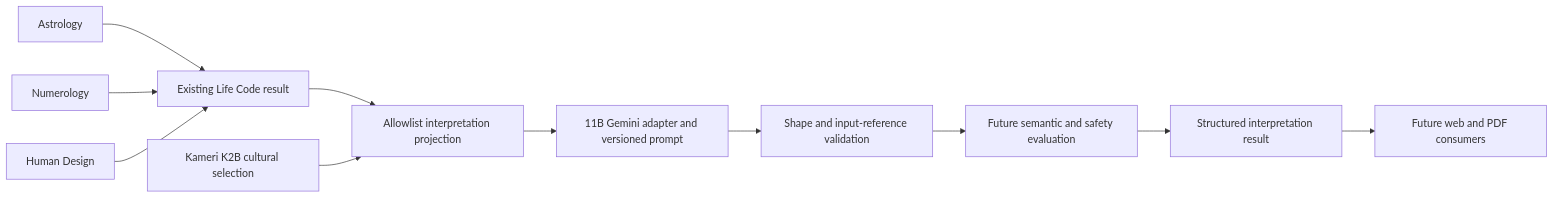
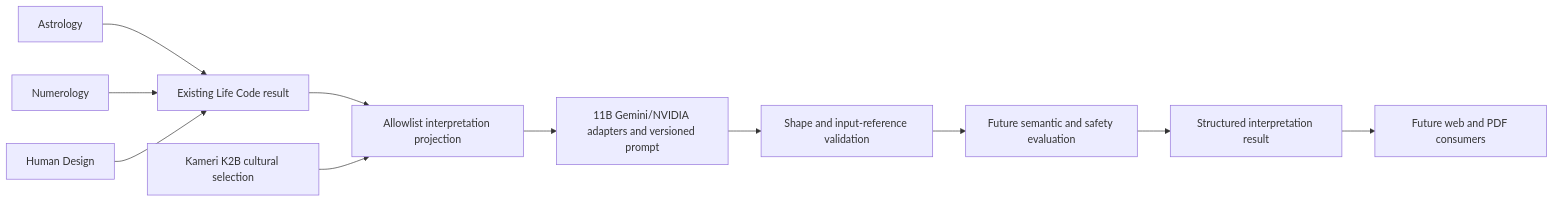
The diagram in docs/08_AI_INTERPRETATION.md (ismailbuzdan/yasam-kodu), drawn with Mermaid before and after one commit. The commit also changed other lines of this file and 14 other files, not shown here.

````diff
--- a/docs/08_AI_INTERPRETATION.md
+++ b/docs/08_AI_INTERPRETATION.md
@@ -16,13 +16,13 @@
 ```mermaid
 flowchart LR
   A[Astrology] --> L[Existing Life Code result]
   N[Numerology] --> L
   H[Human Design] --> L
   L --> P[Allowlist interpretation projection]
   K[Kameri K2B cultural selection] --> P
-  P --> V[11B Gemini adapter and versioned prompt]
+  P --> V[11B Gemini/NVIDIA adapters and versioned prompt]
   V --> C[Shape and input-reference validation]
   C --> S[Future semantic and safety evaluation]
   S --> R[Structured interpretation result]
   R --> W[Future web and PDF consumers]
 ```
````
